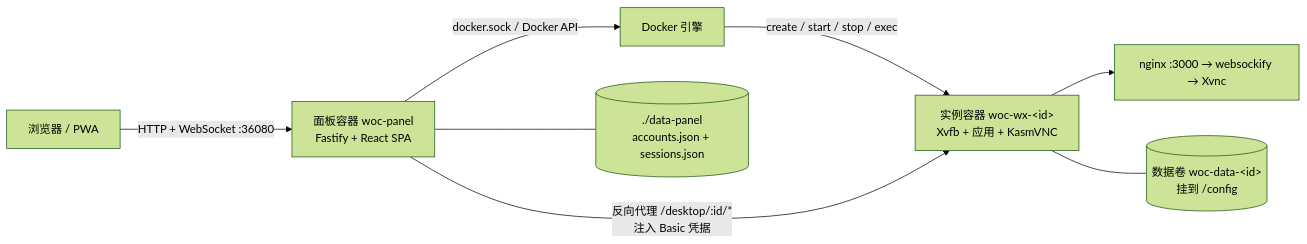
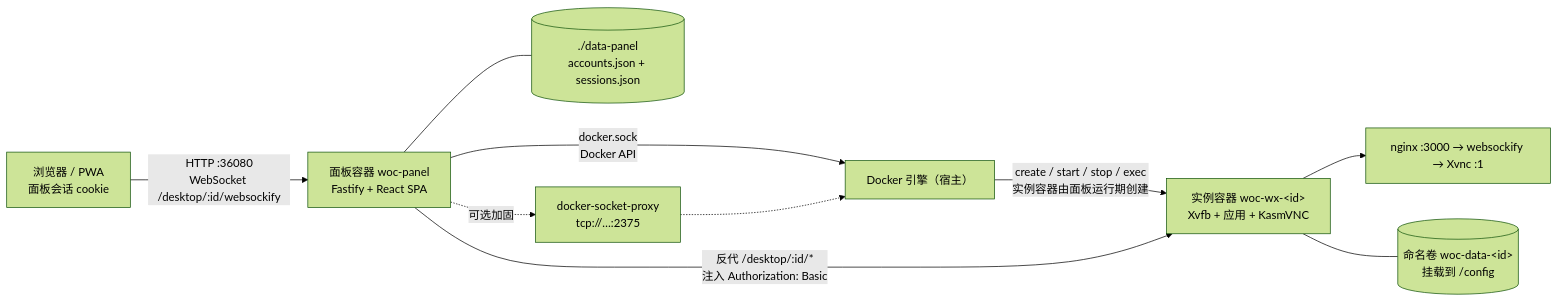
The first of 2 diagrams in 03-infra/WechatOnCloud/02-architecture.md (FlyForkFork/ForkYou), drawn with Mermaid (forest theme) before and after one commit. The commit also changed other lines of this file and 16 other files, not shown here.

````diff
--- a/03-infra/WechatOnCloud/02-architecture.md
+++ b/03-infra/WechatOnCloud/02-architecture.md
@@ -7,10 +7,12 @@
 ```mermaid
 flowchart LR
-  B[浏览器 / PWA] -->|HTTP + WebSocket :36080| P[面板容器 woc-panel<br/>Fastify + React SPA]
-  P -->|docker.sock / Docker API| D[Docker 引擎]
-  D -->|create / start / stop / exec| I1[实例容器 woc-wx-&lt;id&gt;<br/>Xvfb + 应用 + KasmVNC]
-  P -->|反向代理 /desktop/:id/*<br/>注入 Basic 凭据| I1
-  I1 --> V[nginx :3000 → websockify → Xvnc]
-  I1 --- VOL[(数据卷 woc-data-&lt;id&gt;<br/>挂到 /config)]
-  P --- PD[(./data-panel<br/>accounts.json + sessions.json)]
+  B["浏览器 / PWA<br/>面板会话 cookie"] -->|"HTTP :36080<br/>WebSocket /desktop/:id/websockify"| P["面板容器 woc-panel<br/>Fastify + React SPA"]
+  P -->|"docker.sock<br/>Docker API"| D["Docker 引擎（宿主）"]
+  D -->|"create / start / stop / exec<br/>实例容器由面板运行期创建"| I["实例容器 woc-wx-&lt;id&gt;<br/>Xvfb + 应用 + KasmVNC"]
+  P -->|"反代 /desktop/:id/*<br/>注入 Authorization: Basic"| I
+  I --> V["nginx :3000 → websockify → Xvnc :1"]
+  I --- VOL[("命名卷 woc-data-&lt;id&gt;<br/>挂载到 /config")]
+  P --- PD[("./data-panel<br/>accounts.json + sessions.json")]
+  P -.->|"可选加固"| SP["docker-socket-proxy<br/>tcp://…:2375"]
+  SP -.-> D
 ```
````
